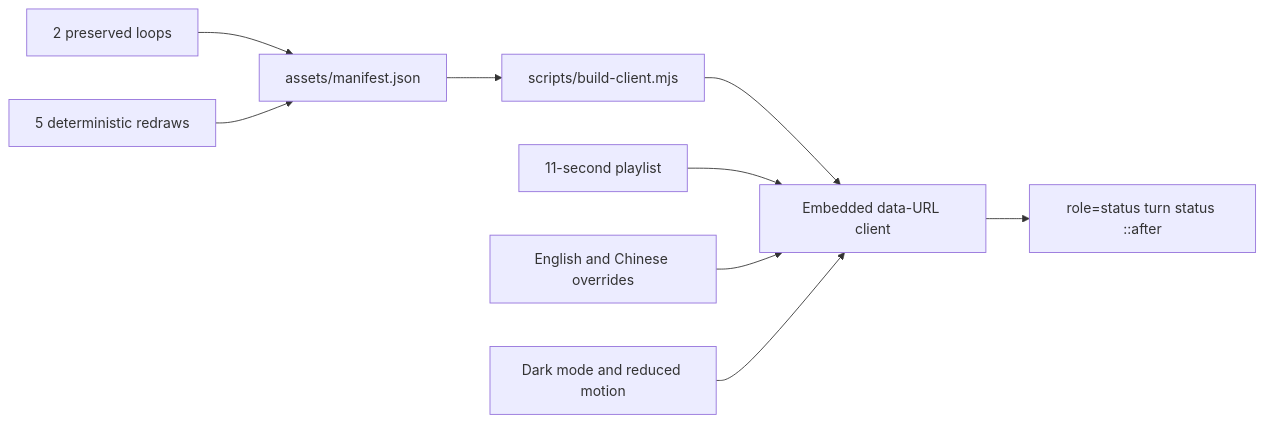
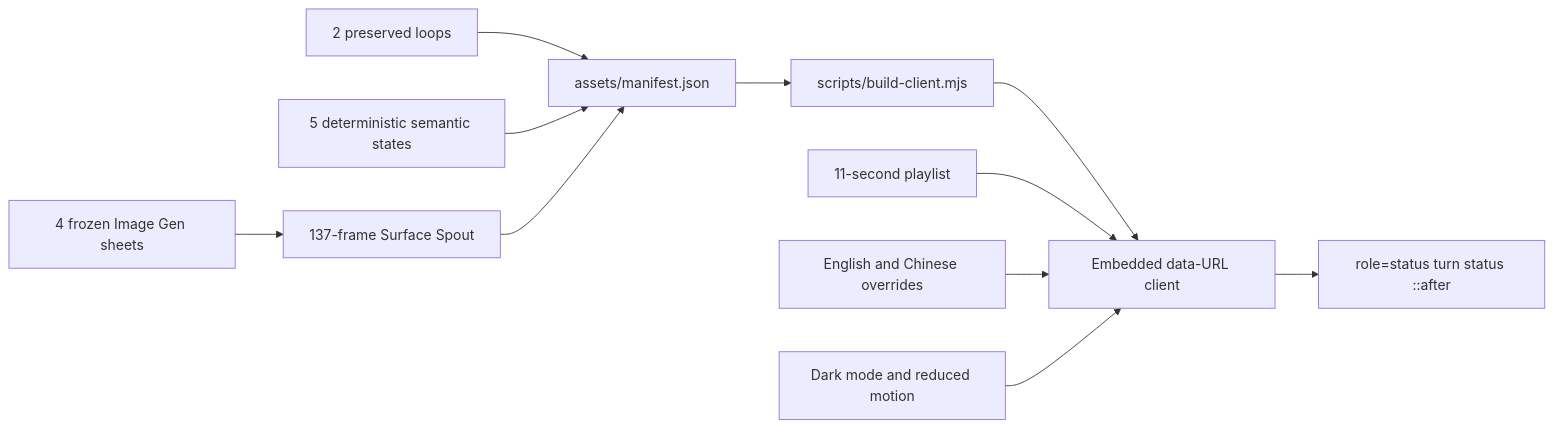
Before and after one commit to LeemanCheung/dsh-whale-animation: the diagram in README.md, drawn with Mermaid. The commit also changed other lines of this file and 36 other files, not shown here.

Commit message:
feat: integrate ImageGen whale spout state

````diff
--- a/README.md
+++ b/README.md
@@ -133,11 +137,13 @@
 ```mermaid
 flowchart LR
   A[2 preserved loops] --> C[assets/manifest.json]
-  B[5 deterministic redraws] --> C
+  B[5 deterministic semantic states] --> C
+  J[4 frozen Image Gen sheets] --> K[137-frame Surface Spout]
+  K --> C
   C --> D[scripts/build-client.mjs]
   D --> E[Embedded data-URL client]
   E --> F[role=status turn status ::after]
   G[11-second playlist] --> E
   H[English and Chinese overrides] --> E
   I[Dark mode and reduced motion] --> E
 ```
````
